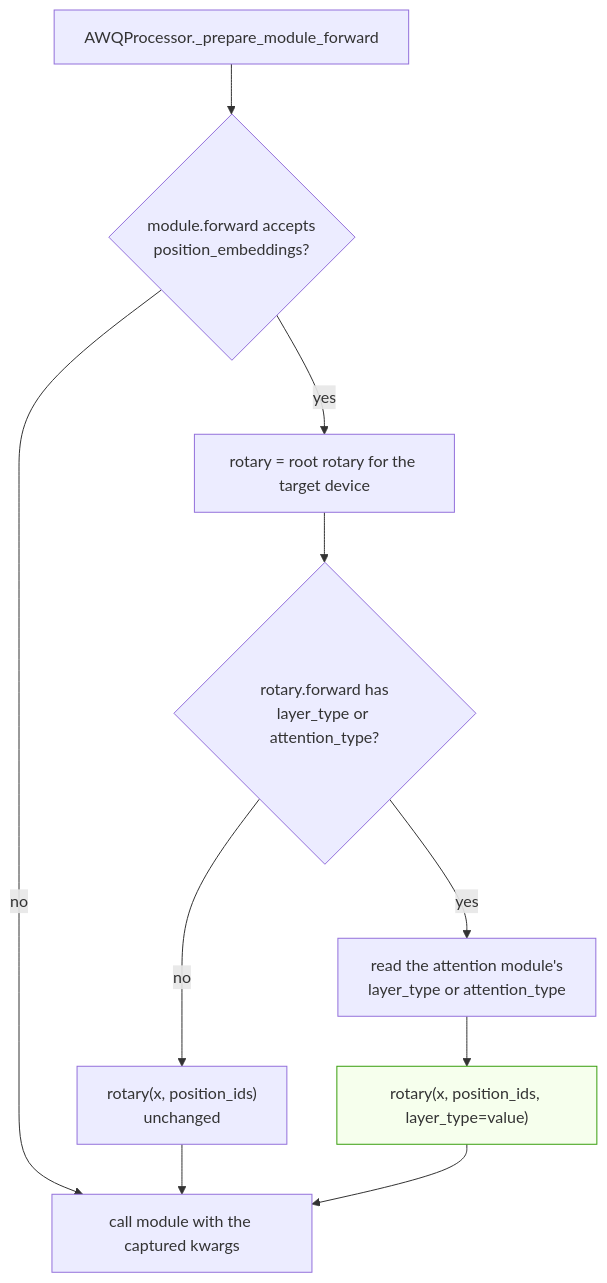
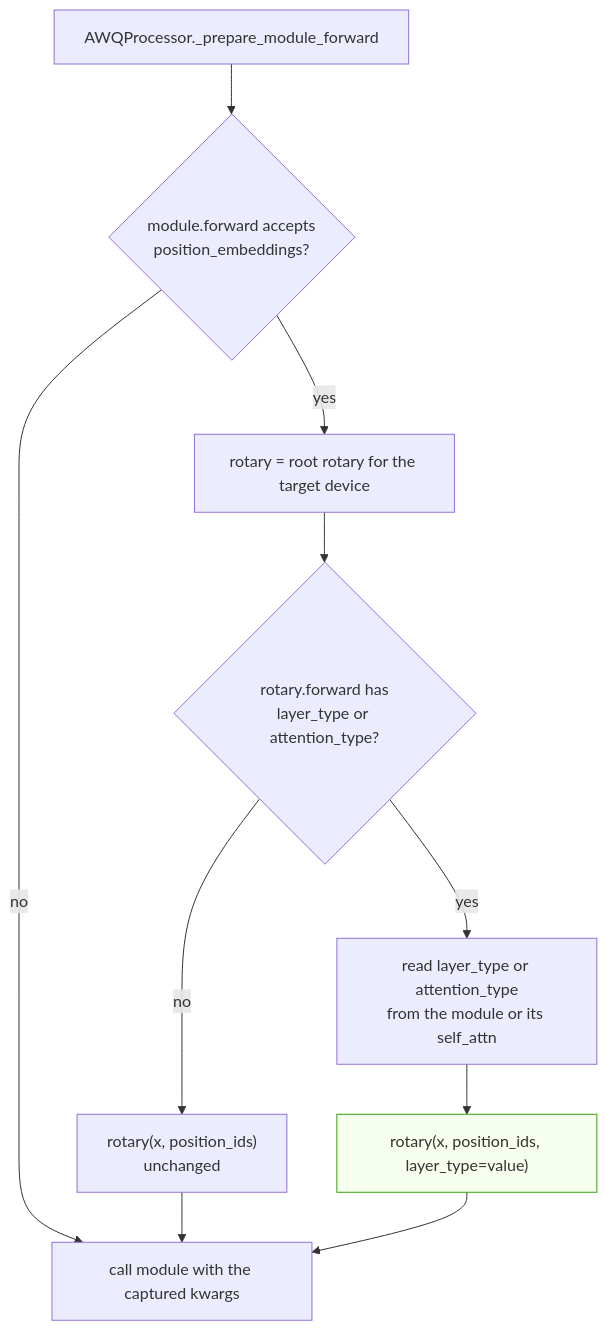
One commit to ModelCloud/GPTQModel changed the fourth of 4 diagrams in docs/layer-type-replay-masks.md. Above: the diagram before and after it, drawn with Mermaid. The commit also changed other lines of this file and 2 other files, not shown here.

Commit message:
fix(awq): resolve typed rotary layer type through nested self_attn (#4038)

````diff
--- a/docs/layer-type-replay-masks.md
+++ b/docs/layer-type-replay-masks.md
@@ -124,13 +124,13 @@
 ```mermaid
 flowchart TD
     A["AWQProcessor._prepare_module_forward"] --> B{"module.forward accepts<br/>position_embeddings?"}
     B -- no --> C["call module with the captured kwargs"]
     B -- yes --> D["rotary = root rotary for the target device"]
     D --> E{"rotary.forward has<br/>layer_type or attention_type?"}
     E -- no --> F["rotary(x, position_ids)<br/>unchanged"]
-    E -- yes --> G["read the attention module's<br/>layer_type or attention_type"]
+    E -- yes --> G["read layer_type or attention_type<br/>from the module or its self_attn"]
     G --> H["rotary(x, position_ids, layer_type=value)"]
     F --> C
     H --> C
     style H fill:#f6ffed,stroke:#389e0d
 ```
````
